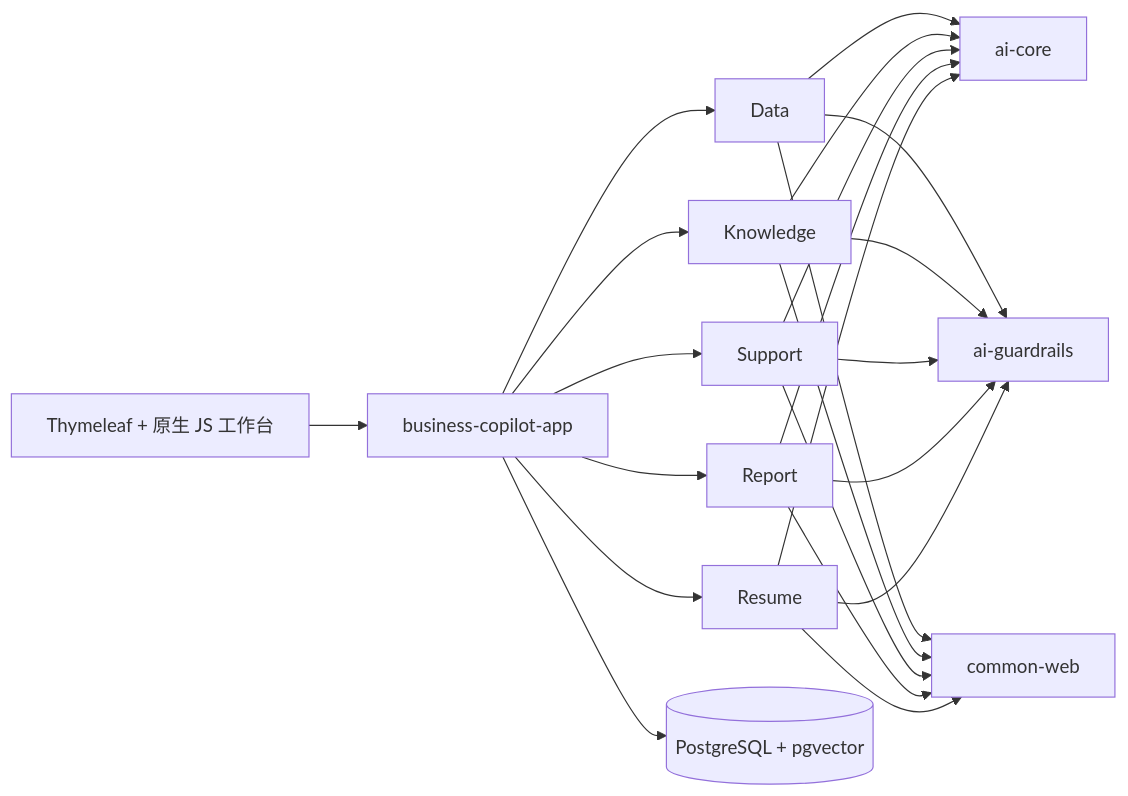
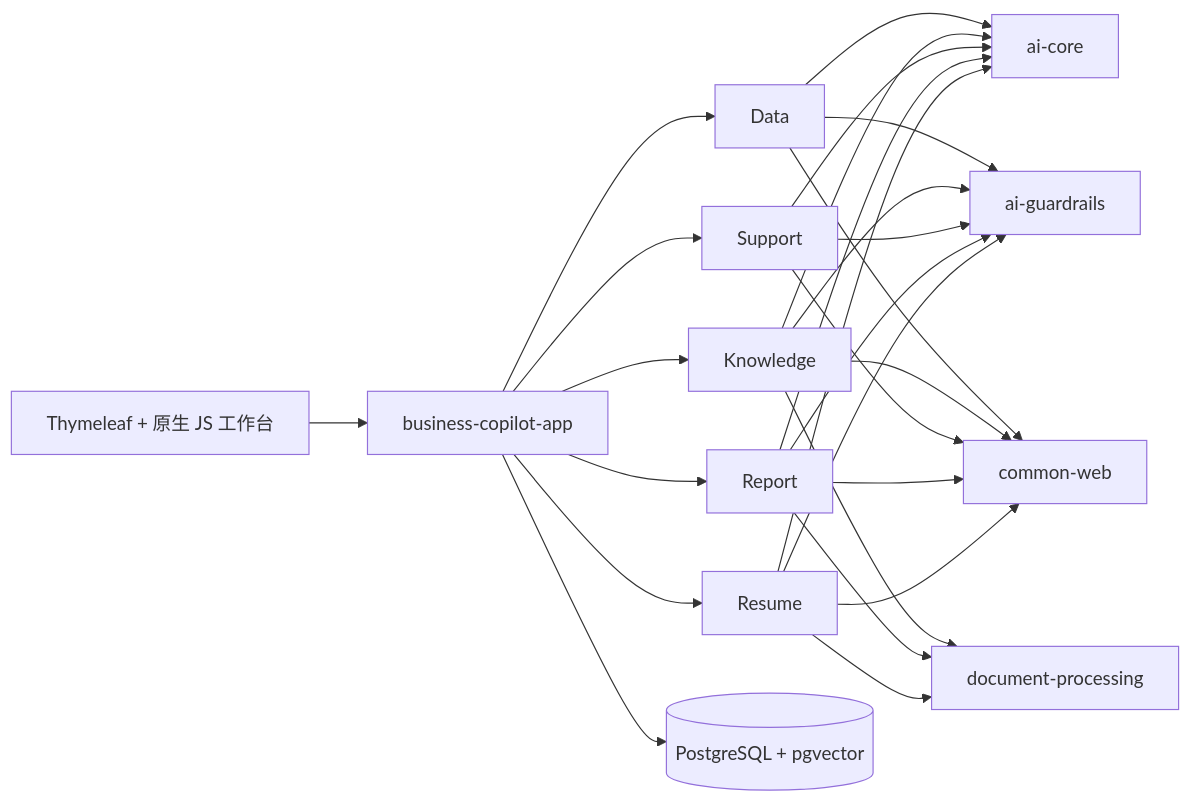
The diagram in README.zh-CN.md (qcodingdev/spring-ai-business-copilot), drawn with Mermaid before and after one commit. The commit also changed other lines of this file and 281 other files, not shown here.

````diff
--- a/README.zh-CN.md
+++ b/README.zh-CN.md
@@ -109,9 +123,10 @@
 ```mermaid
 flowchart LR
     UI["Thymeleaf + 原生 JS 工作台"] --> APP["business-copilot-app"]
     APP --> DATA["Data"] & KNOW["Knowledge"] & SUPPORT["Support"] & REPORT["Report"] & RESUME["Resume"]
+    KNOW & REPORT & RESUME --> DOC["document-processing"]
     DATA & KNOW & SUPPORT & REPORT & RESUME --> AI["ai-core"]
     DATA & KNOW & SUPPORT & REPORT & RESUME --> GUARD["ai-guardrails"]
     DATA & KNOW & SUPPORT & REPORT & RESUME --> WEB["common-web"]
     APP --> DB[("PostgreSQL + pgvector")]
 ```
````
